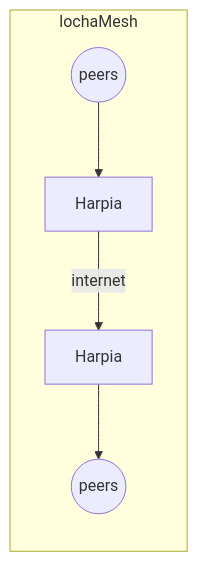
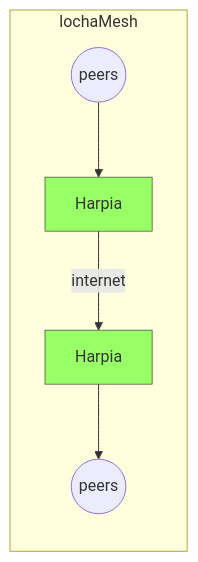
One commit to btcven/locha-mesh-app changed the diagram in README_ES.md. Above: the diagram before and after it, drawn with Mermaid.

Commit message:
add class to mermaid graph.
include commits:
- aefb83f2
- 8f4e208b

/spend 1h

````diff
--- a/README_ES.md
+++ b/README_ES.md
@@ -12,10 +12,16 @@
 ```mermaid
 graph LR
 subgraph lochaMesh
 mesh1((peers)) --> a[Harpia]
 end
+
 a[Harpia]--internet--> b[Harpia]
+
 subgraph lochaMesh
 b[Harpia] --> mesh2((peers))
 end
+
+classDef green fill:#9f6, stroke:#222, stroke-width:0.6px;
+class a,b green
+
 ```
````
